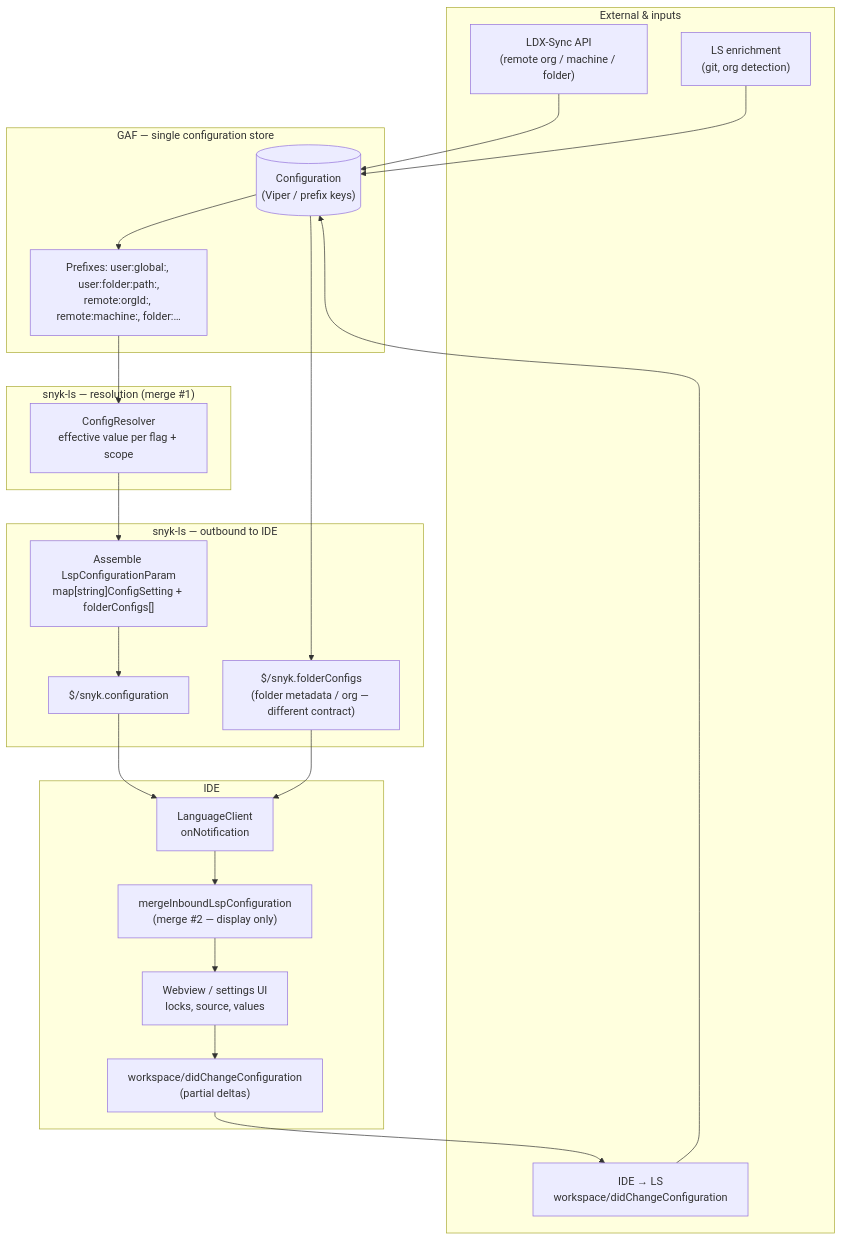
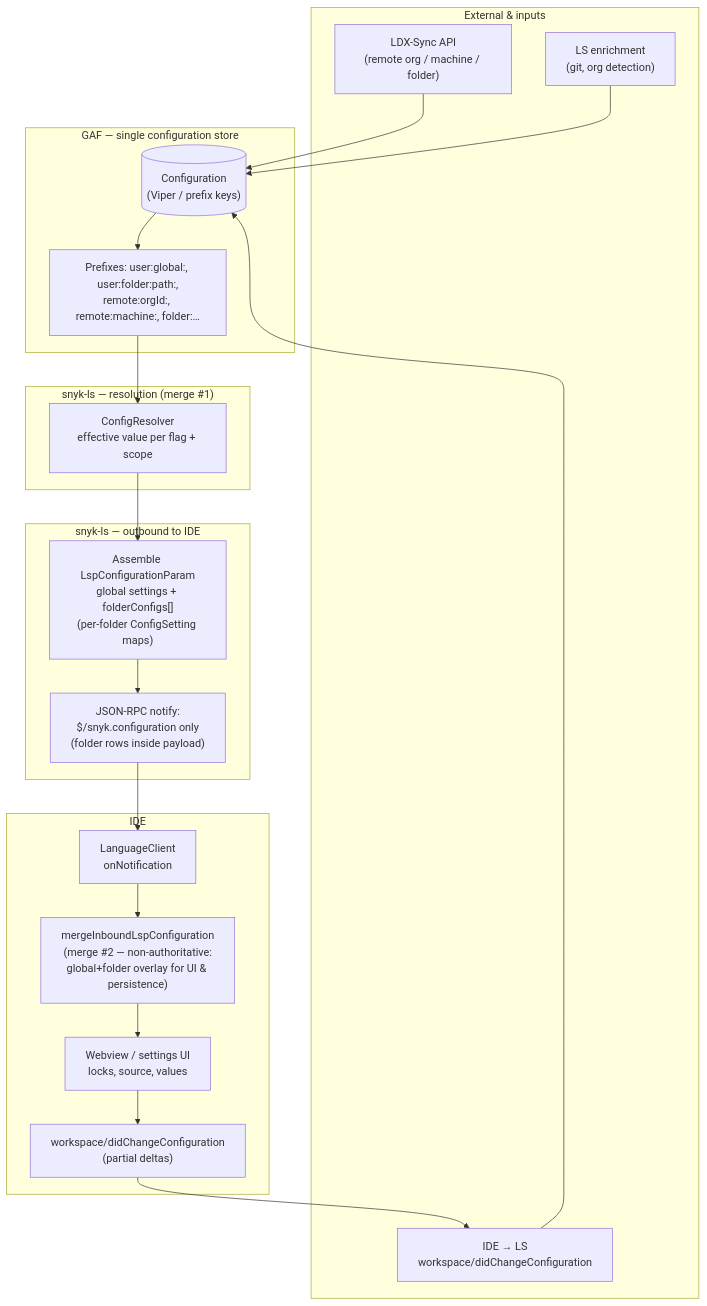
Before and after one commit to snyk/vscode-extension: the diagram in docs/diagrams/configuration-gaf-ls-ide-flow.mmd, drawn with Mermaid. The commit also changed 12 other files, not shown here.

First line of the commit message:
refactor(language-server): derive folder configs from configuration [IDE-1638]

```diff
--- a/docs/diagrams/configuration-gaf-ls-ide-flow.mmd
+++ b/docs/diagrams/configuration-gaf-ls-ide-flow.mmd
@@ -1,44 +1,42 @@
 %% Configuration flow: GAF → snyk-ls → IDE (see docs/configuration-gaf-ls-ide-flow.md)
+%% snyk-ls notifies the IDE with $/snyk.configuration only; per-folder data is param.folderConfigs (no separate $/snyk.folderConfigs RPC).
 flowchart TB
   subgraph external["External & inputs"]
     LDX["LDX-Sync API<br/>(remote org / machine / folder)"]
     IDE_IN["IDE → LS<br/>workspace/didChangeConfiguration"]
     ENRICH["LS enrichment<br/>(git, org detection)"]
   end
 
   subgraph gaf["GAF — single configuration store"]
     STORE[("Configuration<br/>(Viper / prefix keys)")]
     PFX["Prefixes: user:global:, user:folder:path:,<br/>remote:orgId:, remote:machine:, folder:…"]
   end
 
   subgraph resolve["snyk-ls — resolution (merge #1)"]
     CR["ConfigResolver<br/>effective value per flag + scope"]
   end
 
   subgraph outbound["snyk-ls — outbound to IDE"]
-    LCP["Assemble LspConfigurationParam<br/>map[string]ConfigSetting + folderConfigs[]"]
-    NCFG["$/snyk.configuration"]
-    NFOLD["$/snyk.folderConfigs<br/>(folder metadata / org — different contract)"]
+    LCP["Assemble LspConfigurationParam<br/>global settings + folderConfigs[]<br/>(per-folder ConfigSetting maps)"]
+    NCFG["JSON-RPC notify:<br/>$/snyk.configuration only<br/>(folder rows inside payload)"]
   end
 
   subgraph ide["IDE"]
     HNDL["LanguageClient<br/>onNotification"]
-    MERGE_UI["mergeInboundLspConfiguration<br/>(merge #2 — display only)"]
+    MERGE_UI["mergeInboundLspConfiguration<br/>(merge #2 — non-authoritative:<br/>global+folder overlay for UI & persistence)"]
     VIEW["Webview / settings UI<br/>locks, source, values"]
     DCC["workspace/didChangeConfiguration<br/>(partial deltas)"]
   end
 
   LDX --> STORE
   IDE_IN --> STORE
   ENRICH --> STORE
   STORE --> PFX
   PFX --> CR
   CR --> LCP
   LCP --> NCFG
-  STORE --> NFOLD
   NCFG --> HNDL
-  NFOLD --> HNDL
   HNDL --> MERGE_UI
   MERGE_UI --> VIEW
   VIEW --> DCC
   DCC --> IDE_IN
```
